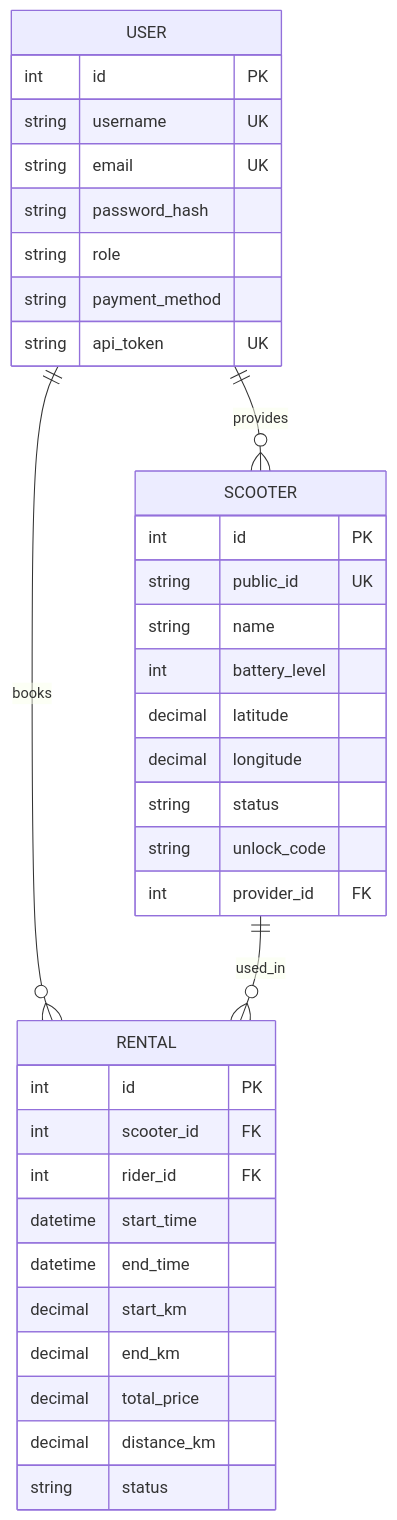
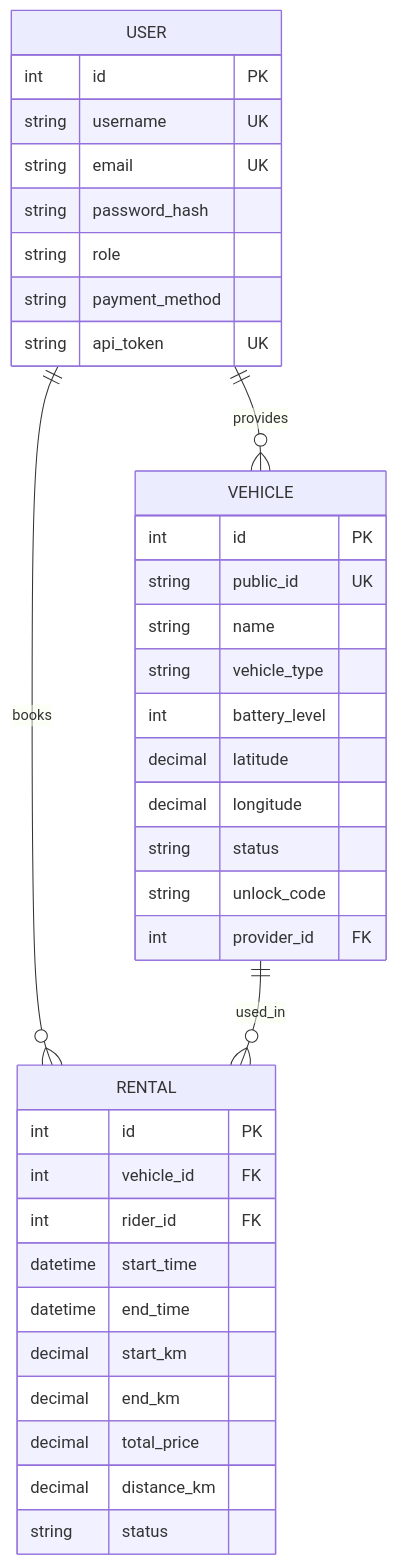
One commit to mogomes/e-mobility changed the diagram in README.md. Above: the diagram before and after it, drawn with Mermaid. The commit also changed other lines of this file and 23 other files, not shown here.

Commit message:
refactor: scooter to vehicle

````diff
--- a/README.md
+++ b/README.md
@@ -54,41 +54,42 @@
 ```mermaid
 erDiagram
-    USER ||--o{ SCOOTER : provides
+    USER ||--o{ VEHICLE : provides
     USER ||--o{ RENTAL : books
-    SCOOTER ||--o{ RENTAL : used_in
+    VEHICLE ||--o{ RENTAL : used_in
 
     USER {
         int id PK
         string username UK
         string email UK
         string password_hash
         string role
         string payment_method
         string api_token UK
     }
 
-    SCOOTER {
+    VEHICLE {
         int id PK
         string public_id UK
         string name
+        string vehicle_type
         int battery_level
         decimal latitude
         decimal longitude
         string status
         string unlock_code
         int provider_id FK
     }
 
     RENTAL {
         int id PK
-        int scooter_id FK
+        int vehicle_id FK
         int rider_id FK
         datetime start_time
         datetime end_time
         decimal start_km
         decimal end_km
         decimal total_price
         decimal distance_km
         string status
     }
 ```
````
